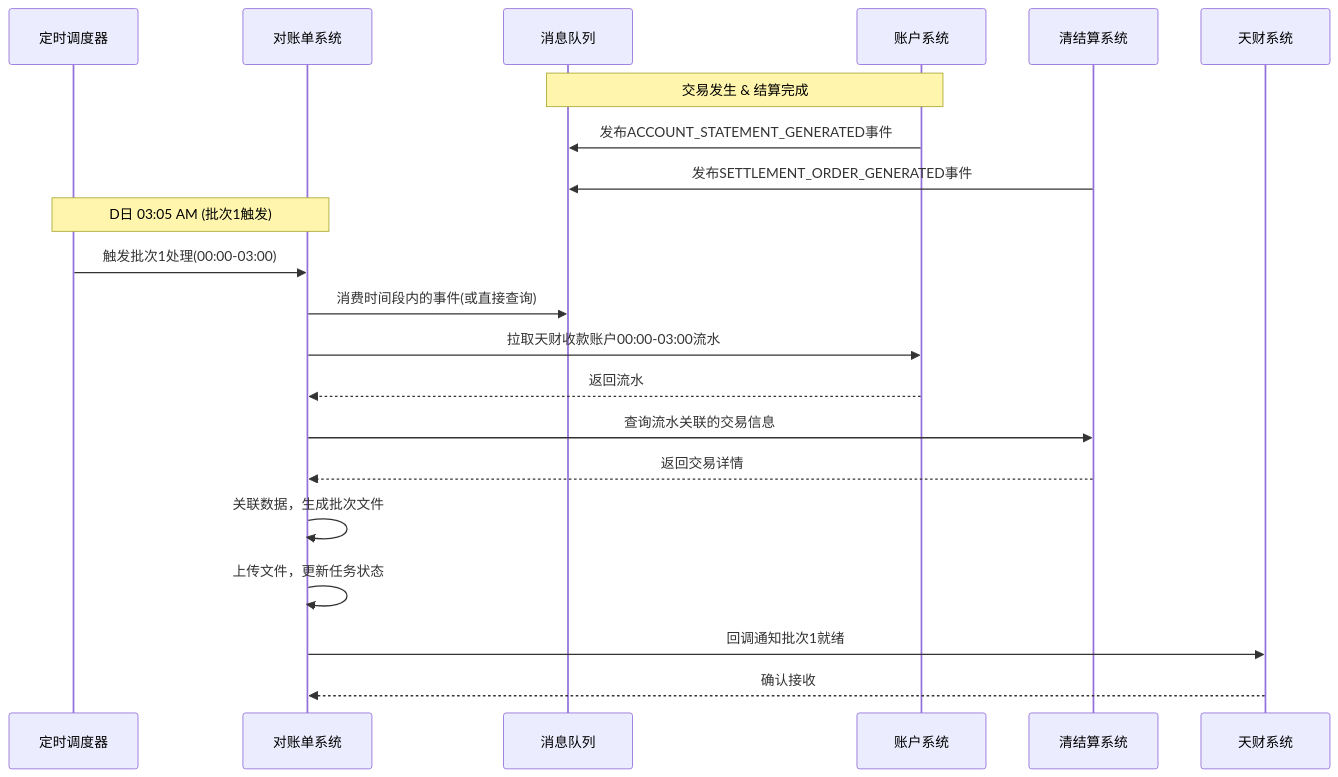
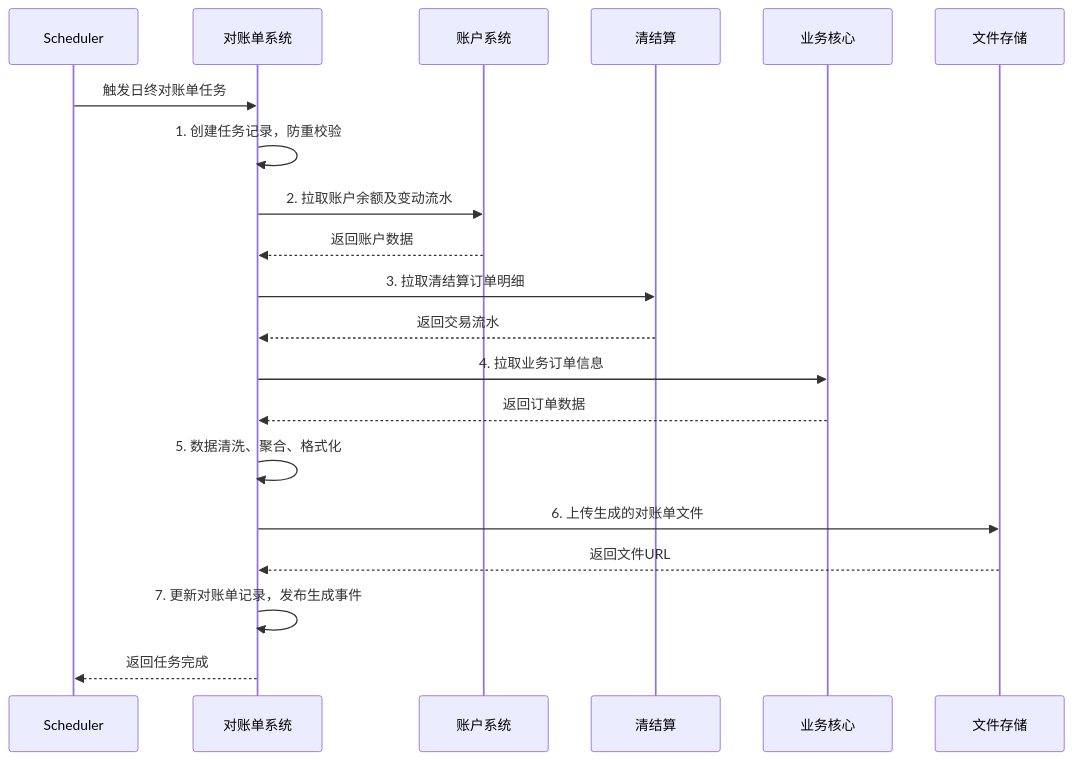
Before and after one commit to youzi211/AiCoding: the diagram in data/天财分账需求/deepseek-v3.2/workspace/02_modules/module_对账单系统.md, drawn with Mermaid. The commit also changed other lines of this file and 92 other files, not shown here.

Commit message:
增加对文档中图片提取的功能，用gpt模型生成文字描述。

````diff
--- a/data/天财分账需求/deepseek-v3.2/workspace/02_modules/module_对账单系统.md
+++ b/data/天财分账需求/deepseek-v3.2/workspace/02_modules/module_对账单系统.md
@@ -528,25 +147,23 @@
 ```mermaid
 sequenceDiagram
-    participant Scheduler as 定时调度器
-    participant BS as 对账单系统
-    participant MQ as 消息队列
-    participant Account as 账户系统
-    participant Settlement as 清结算系统
-    participant Tiancai as 天财系统
+    participant Scheduler
+    participant 对账单系统
+    participant 账户系统
+    participant 清结算
+    participant 业务核心
+    participant 文件存储
 
-    Note over MQ,Account: 交易发生 & 结算完成
-    Account->>MQ: 发布ACCOUNT_STATEMENT_GENERATED事件
-    Settlement->>MQ: 发布SETTLEMENT_ORDER_GENERATED事件
-    
-    Note over Scheduler,BS: D日 03:05 AM (批次1触发)
-    Scheduler->>BS: 触发批次1处理(00:00-03:00)
-    BS->>MQ: 消费时间段内的事件(或直接查询)
-    BS->>Account: 拉取天财收款账户00:00-03:00流水
-    Account-->>BS: 返回流水
-    BS->>Settlement: 查询流水关联的交易信息
-    Settlement-->>BS: 返回交易详情
-    BS->>BS: 关联数据，生成批次文件
-    BS->>BS: 上传文件，更新任务状态
-    BS->>Tiancai: 回调通知批次1就绪
-    Tiancai-->>BS: 确认接收
+    Scheduler->>对账单系统: 触发日终对账单任务
+    对账单系统->>对账单系统: 1. 创建任务记录，防重校验
+    对账单系统->>账户系统: 2. 拉取账户余额及变动流水
+    账户系统-->>对账单系统: 返回账户数据
+    对账单系统->>清结算: 3. 拉取清结算订单明细
+    清结算-->>对账单系统: 返回交易流水
+    对账单系统->>业务核心: 4. 拉取业务订单信息
+    业务核心-->>对账单系统: 返回订单数据
+    对账单系统->>对账单系统: 5. 数据清洗、聚合、格式化
+    对账单系统->>文件存储: 6. 上传生成的对账单文件
+    文件存储-->>对账单系统: 返回文件URL
+    对账单系统->>对账单系统: 7. 更新对账单记录，发布生成事件
+    对账单系统-->>Scheduler: 返回任务完成
 ```
````
